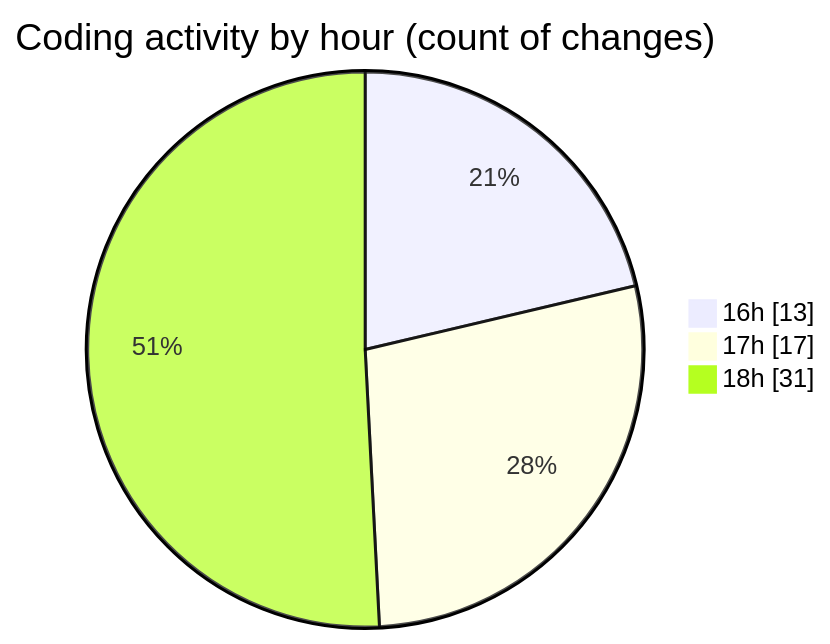
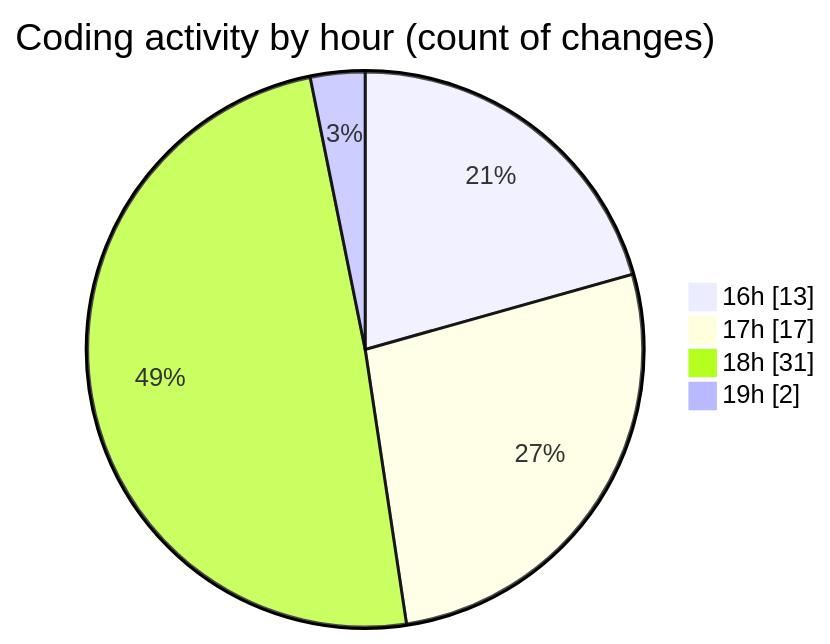
One commit to idhammustaqopulfikri/code-tracking changed the second of 2 diagrams in 2025-05-28/studio-backend/README.md. Above: the diagram before and after it, drawn with Mermaid. The commit also changed other lines of this file and 1 other file, not shown here.

````diff
--- a/2025-05-28/studio-backend/README.md
+++ b/2025-05-28/studio-backend/README.md
@@ -47,7 +47,8 @@
 ```mermaid
 pie showData
 title Coding activity by hour (count of changes)
 "16h" : 13
 "17h" : 17
 "18h" : 31
+"19h" : 2
 ```
````
